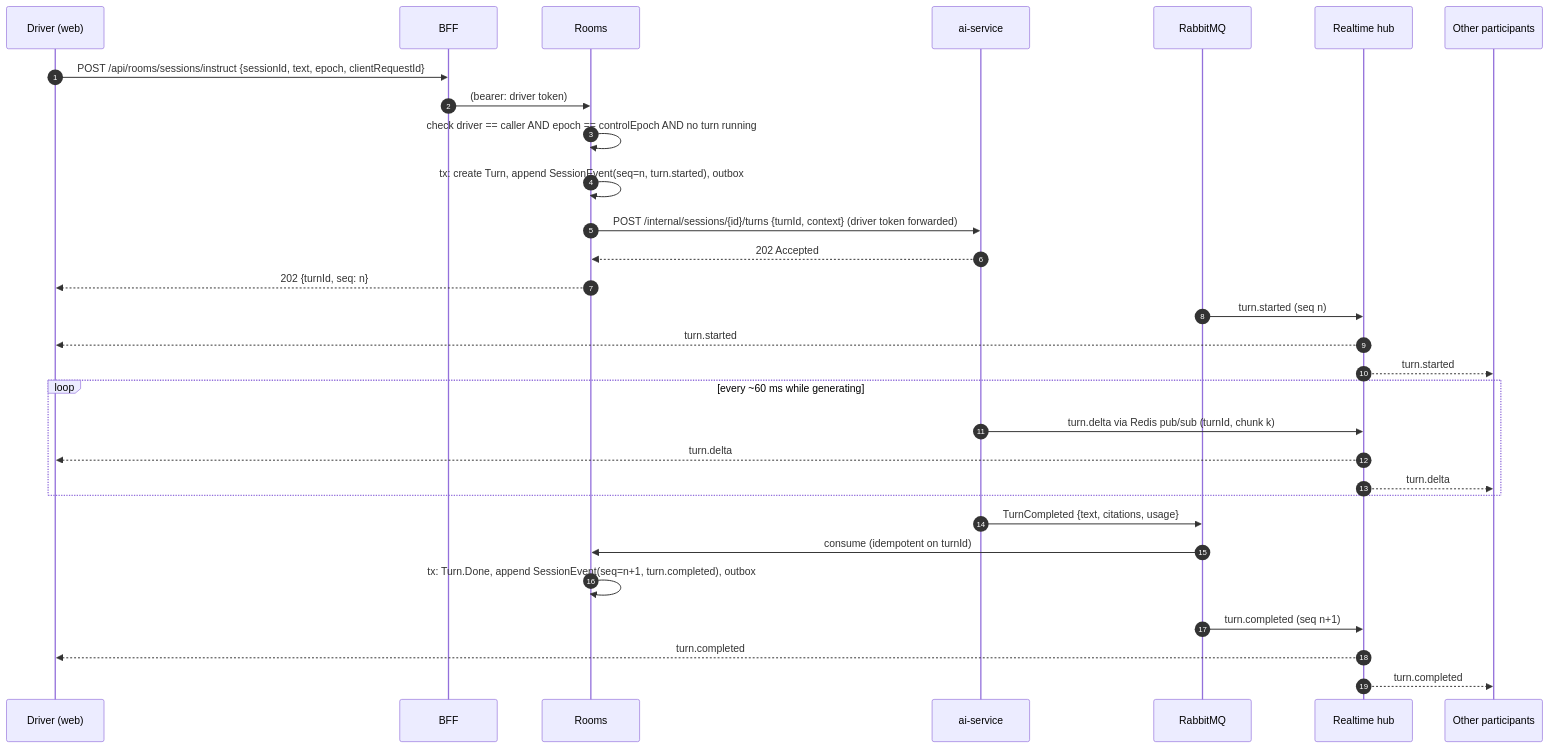
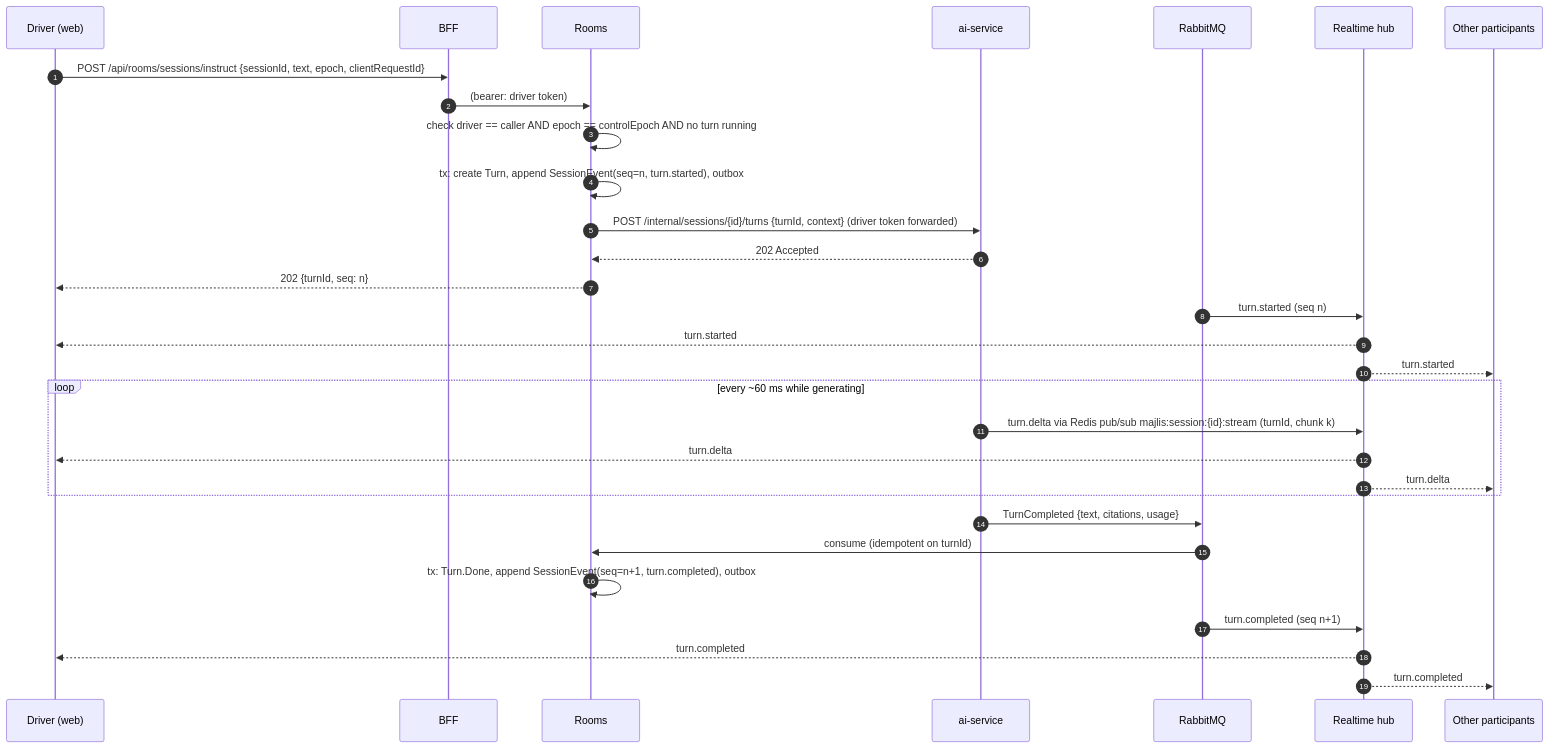
One commit to Alsllam/Majlis changed the second of 3 diagrams in docs/architecture/realtime-collaboration.md. Above: the diagram before and after it, drawn with Mermaid. The commit also changed other lines of this file and 152 other files, not shown here.

````diff
--- a/docs/architecture/realtime-collaboration.md
+++ b/docs/architecture/realtime-collaboration.md
@@ -131,32 +131,32 @@
 ```mermaid
 sequenceDiagram
   autonumber
   participant D as Driver (web)
   participant BFF
   participant R as Rooms
   participant AI as ai-service
   participant MQ as RabbitMQ
   participant RT as Realtime hub
   participant P as Other participants
   D->>BFF: POST /api/rooms/sessions/instruct {sessionId, text, epoch, clientRequestId}
   BFF->>R: (bearer: driver token)
   R->>R: check driver == caller AND epoch == controlEpoch AND no turn running
   R->>R: tx: create Turn, append SessionEvent(seq=n, turn.started), outbox
   R->>AI: POST /internal/sessions/{id}/turns {turnId, context} (driver token forwarded)
   AI-->>R: 202 Accepted
   R-->>D: 202 {turnId, seq: n}
   MQ->>RT: turn.started (seq n)
   RT-->>D: turn.started
   RT-->>P: turn.started
   loop every ~60 ms while generating
-    AI->>RT: turn.delta via Redis pub/sub (turnId, chunk k)
+    AI->>RT: turn.delta via Redis pub/sub majlis:session:{id}:stream (turnId, chunk k)
     RT-->>D: turn.delta
     RT-->>P: turn.delta
   end
   AI->>MQ: TurnCompleted {text, citations, usage}
   MQ->>R: consume (idempotent on turnId)
   R->>R: tx: Turn.Done, append SessionEvent(seq=n+1, turn.completed), outbox
   MQ->>RT: turn.completed (seq n+1)
   RT-->>D: turn.completed
   RT-->>P: turn.completed
 ```
````
